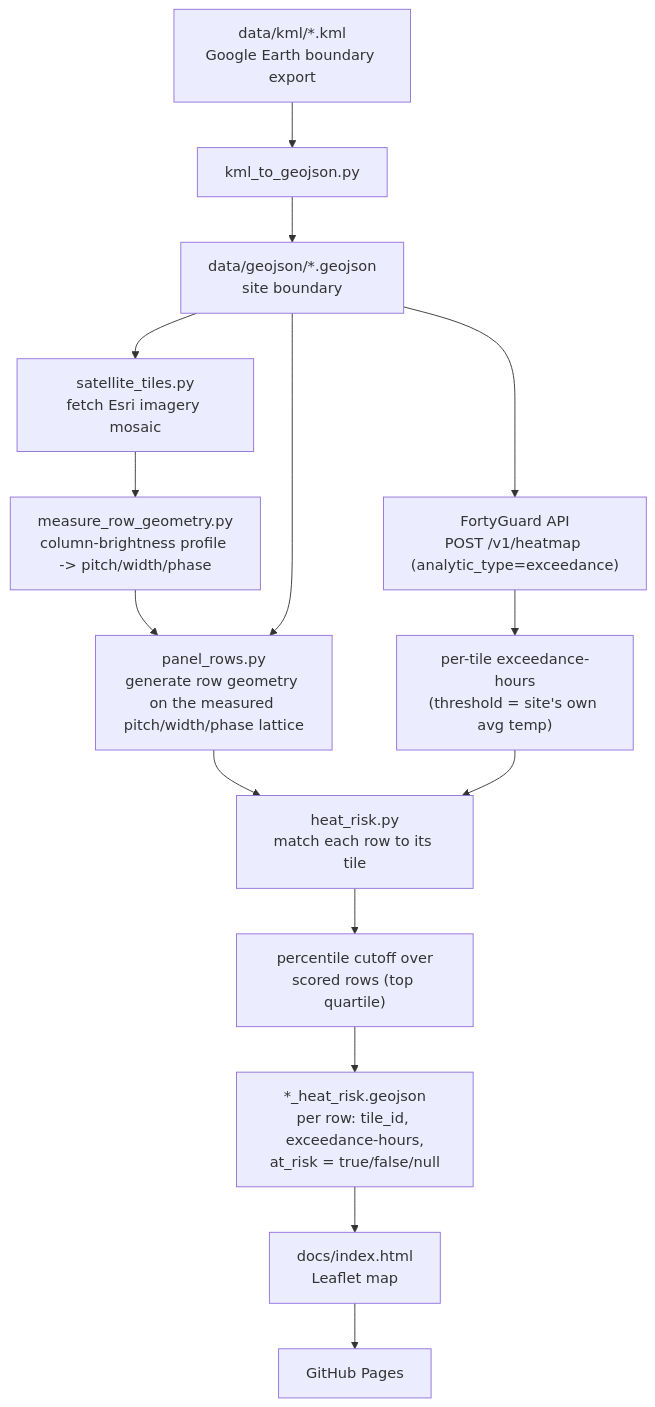
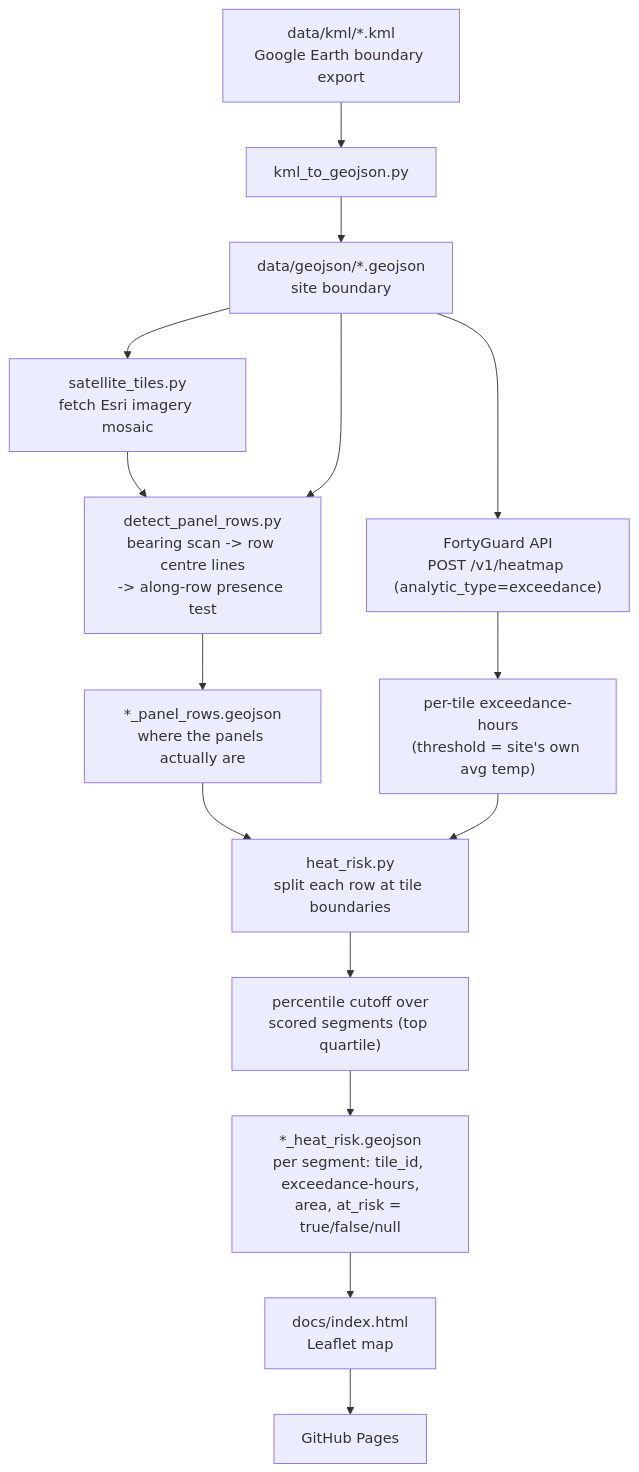
The diagram in README.md (ASAD-BE18/solar-heat-guard), drawn with Mermaid before and after one commit. The commit also changed other lines of this file and 14 other files, not shown here.

````diff
--- a/README.md
+++ b/README.md
@@ -33,23 +34,22 @@
 ```mermaid
 flowchart TD
     KML["data/kml/*.kml<br/>Google Earth boundary export"] --> K2G["kml_to_geojson.py"]
     K2G --> SITE["data/geojson/*.geojson<br/>site boundary"]
 
     SITE --> SAT["satellite_tiles.py<br/>fetch Esri imagery mosaic"]
-    SAT --> MEASURE["measure_row_geometry.py<br/>column-brightness profile -> pitch/width/phase"]
-    MEASURE --> PR["panel_rows.py<br/>generate row geometry on the measured pitch/width/phase lattice"]
+    SAT --> DET["detect_panel_rows.py<br/>bearing scan -> row centre lines<br/>-> along-row presence test"]
+    SITE --> DET
+    DET --> PR["*_panel_rows.geojson<br/>where the panels actually are"]
 
-    SITE --> PR
     SITE --> HM["FortyGuard API<br/>POST /v1/heatmap (analytic_type=exceedance)"]
-
     HM --> TILES["per-tile exceedance-hours<br/>(threshold = site's own avg temp)"]
 
-    PR --> OVERLAY["heat_risk.py<br/>match each row to its tile"]
-    TILES --> OVERLAY
+    PR --> SPLIT["heat_risk.py<br/>split each row at tile boundaries"]
+    TILES --> SPLIT
 
-    OVERLAY --> PCTL["percentile cutoff over<br/>scored rows (top quartile)"]
+    SPLIT --> PCTL["percentile cutoff over<br/>scored segments (top quartile)"]
 
-    PCTL --> RISK["*_heat_risk.geojson<br/>per row: tile_id, exceedance-hours,<br/>at_risk = true/false/null"]
+    PCTL --> RISK["*_heat_risk.geojson<br/>per segment: tile_id, exceedance-hours,<br/>area, at_risk = true/false/null"]
     RISK --> VIZ["docs/index.html<br/>Leaflet map"]
     VIZ --> PAGES["GitHub Pages"]
 ```
````
